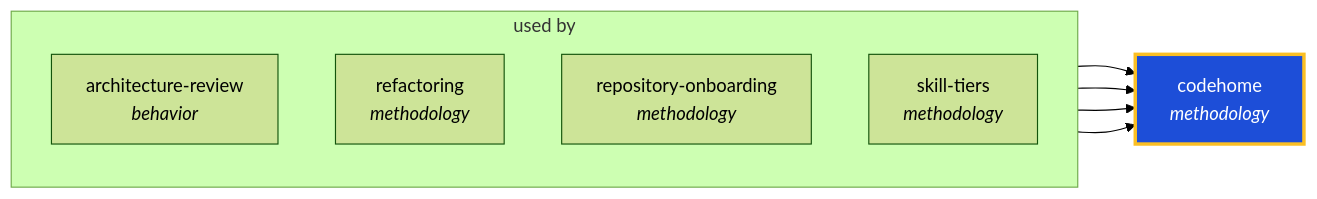
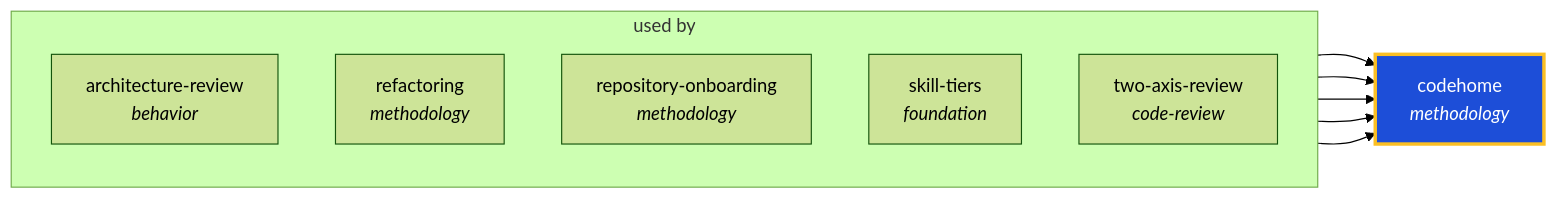
Before and after one commit to ThePlenkov/skills: the diagram in docs/graphs/generated/codehome.md, drawn with Mermaid (forest theme). The commit also changed other lines of this file and 76 other files, not shown here.

````diff
--- a/docs/graphs/generated/codehome.md
+++ b/docs/graphs/generated/codehome.md
@@ -22,19 +22,21 @@
 ```mermaid
 graph LR
   codehome["codehome<br/><i>methodology</i>"]
   classDef center fill:#1d4ed8,stroke:#fbbf24,stroke-width:3px,color:#fff
   class codehome center
 
   subgraph sg_used_by["used by"]
     direction TB
     architecture_review["architecture-review<br/><i>behavior</i>"]
     refactoring["refactoring<br/><i>methodology</i>"]
     repository_onboarding["repository-onboarding<br/><i>methodology</i>"]
-    skill_tiers["skill-tiers<br/><i>methodology</i>"]
+    skill_tiers["skill-tiers<br/><i>foundation</i>"]
+    two_axis_review["two-axis-review<br/><i>code-review</i>"]
   end
   architecture_review --> codehome
   refactoring --> codehome
   repository_onboarding --> codehome
   skill_tiers --> codehome
+  two_axis_review --> codehome
 
 ```
````
